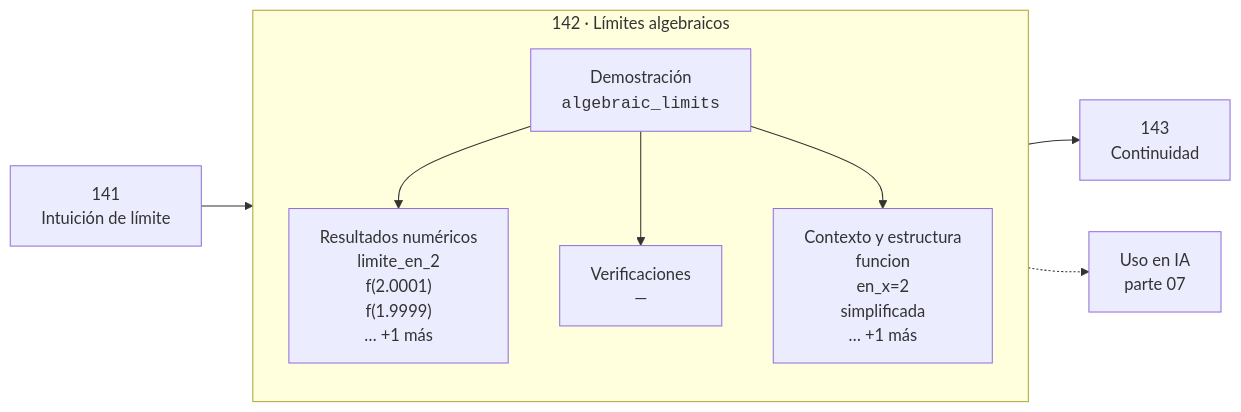
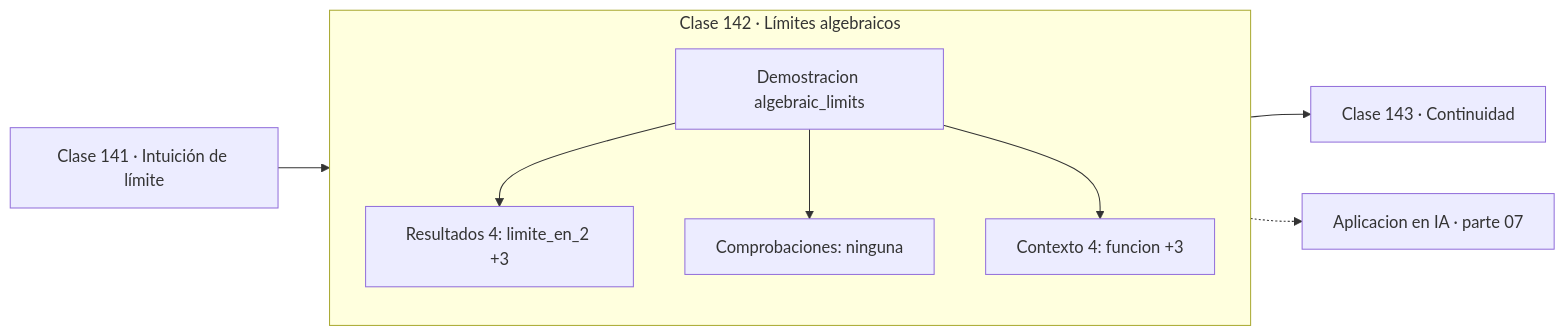
The diagram in classes/part-07-calculo-diferencial-e-integral/142-limites-algebraicos/README.md (vladimiracunadev-create/computational-mathematics-program), drawn with Mermaid before and after one commit. The commit also changed 389 other files, not shown here.

First line of the commit message:
fix(diagramas): elimina el HTML de las etiquetas Mermaid

````diff
--- a/classes/part-07-calculo-diferencial-e-integral/142-limites-algebraicos/README.md
+++ b/classes/part-07-calculo-diferencial-e-integral/142-limites-algebraicos/README.md
@@ -30,12 +30,13 @@
 ```mermaid
 flowchart LR
-    P["141<br/>Intuición de límite"] --> C
-    subgraph C["142 · Límites algebraicos"]
+    P["Clase 141 · Intuición de límite"] --> D
+    subgraph CLASE["Clase 142 · Límites algebraicos"]
         direction TB
-        D["Demostración<br/><code>algebraic_limits</code>"] --> R["Resultados numéricos<br/>limite_en_2<br/>f(2.0001)<br/>f(1.9999)<br/>… +1 más"]
-        D --> V["Verificaciones<br/>—"]
-        D --> O["Contexto y estructura<br/>funcion<br/>en_x=2<br/>simplificada<br/>… +1 más"]
+        D["Demostracion algebraic_limits"]
+        D --> R["Resultados 4: limite_en_2 +3"]
+        D --> V["Comprobaciones: ninguna"]
+        D --> O["Contexto 4: funcion +3"]
     end
-    C --> N["143<br/>Continuidad"]
-    C -.-> IA["Uso en IA<br/>parte 07"]
+    R --> N["Clase 143 · Continuidad"]
+    V -.-> IA["Aplicacion en IA · parte 07"]
 ```
````
